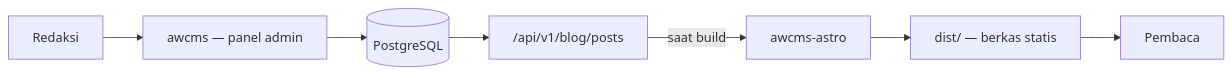
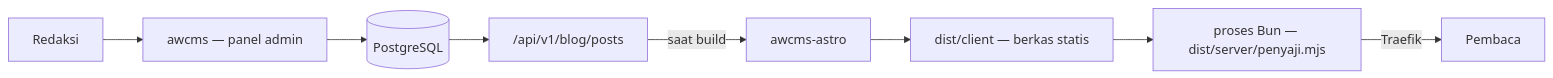
One commit to ahliweb/awcms-astro changed the diagram in README.md. Above: the diagram before and after it, drawn with Mermaid. The commit also changed other lines of this file and 31 other files, not shown here.

````diff
--- a/README.md
+++ b/README.md
@@ -32,9 +32,10 @@
 ```mermaid
 flowchart LR
   Redaksi["Redaksi"] --> Admin["awcms — panel admin"]
   Admin --> DB[("PostgreSQL")]
   DB --> API["/api/v1/blog/posts"]
   API -->|"saat build"| Astro["awcms-astro"]
-  Astro --> Dist["dist/ — berkas statis"]
-  Dist --> Pembaca["Pembaca"]
+  Astro --> Dist["dist/client — berkas statis"]
+  Dist --> Bun["proses Bun — dist/server/penyaji.mjs"]
+  Bun -->|"Traefik"| Pembaca["Pembaca"]
 ```
````
